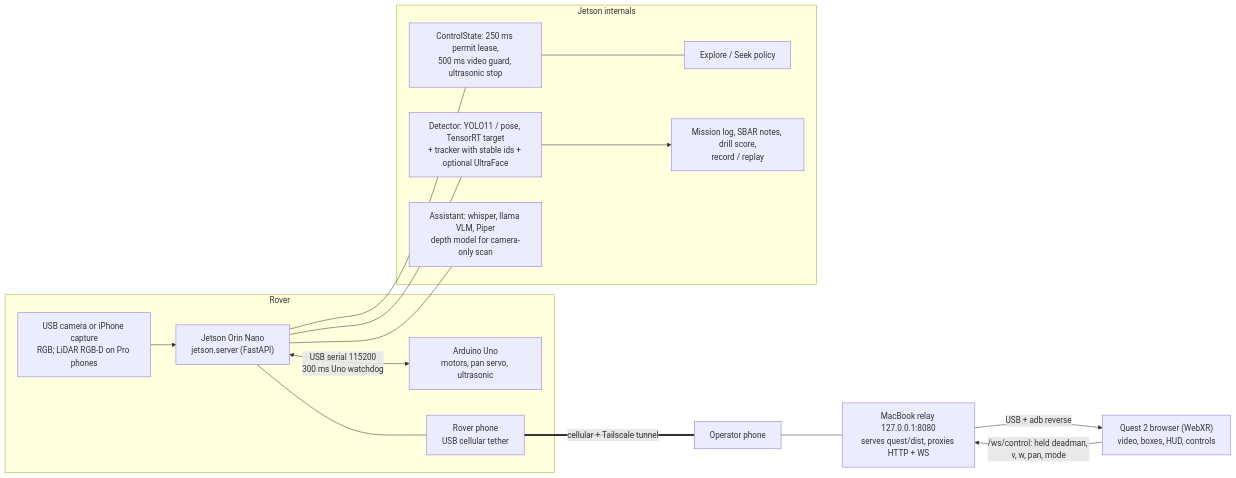
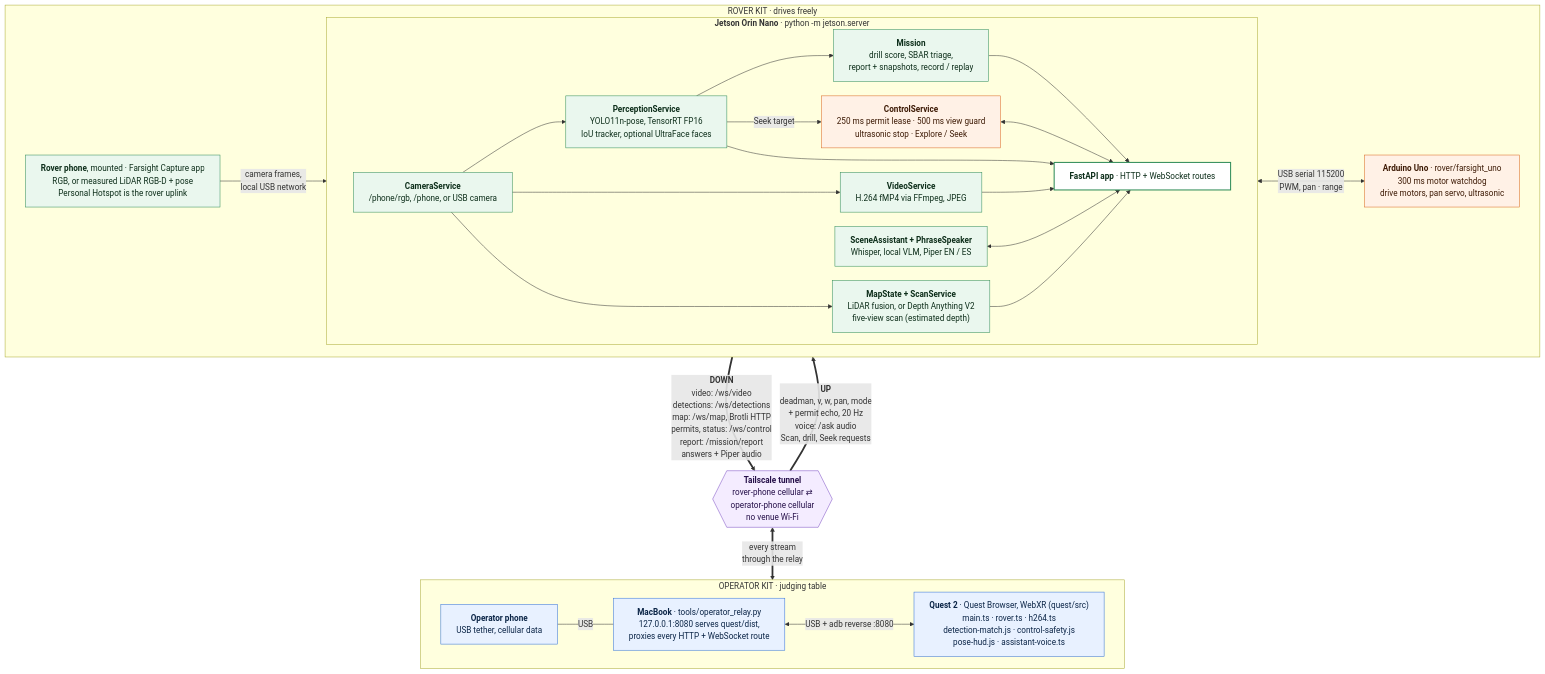
The diagram in docs/architecture.md (azizu06/farsight), drawn with Mermaid before and after one commit. The commit also changed other lines of this file and 6 other files, not shown here.

First line of the commit message:
Two-kit architecture diagram and Devpost draft (Refs #15)

````diff
--- a/docs/architecture.md
+++ b/docs/architecture.md
@@ -7,28 +16,65 @@
 ```mermaid
-flowchart LR
-  subgraph R["Rover"]
-    Cam["USB camera or iPhone capture<br/>RGB; LiDAR RGB-D on Pro phones"]
-    Jet["Jetson Orin Nano<br/>jetson.server (FastAPI)"]
-    Uno["Arduino Uno<br/>motors, pan servo, ultrasonic"]
-    RPhone["Rover phone<br/>USB cellular tether"]
-    Cam --> Jet
-    Jet <-->|"USB serial 115200<br/>300 ms Uno watchdog"| Uno
-    Jet --- RPhone
+---
+config:
+  flowchart:
+    wrappingWidth: 420
+    nodeSpacing: 28
+    rankSpacing: 55
+---
+flowchart TB
+  subgraph RV["ROVER KIT · drives freely"]
+    direction LR
+    RPh["<b>Rover phone</b>, mounted · Farsight Capture app<br/>RGB, or measured LiDAR RGB-D + pose<br/>Personal Hotspot is the rover uplink"]
+    subgraph JS["<b>Jetson Orin Nano</b> · python -m jetson.server"]
+      direction LR
+      Cam["<b>CameraService</b><br/>/phone/rgb, /phone, or USB camera"]
+      Perc["<b>PerceptionService</b><br/>YOLO11n-pose, TensorRT FP16<br/>IoU tracker, optional UltraFace faces"]
+      Vid["<b>VideoService</b><br/>H.264 fMP4 via FFmpeg, JPEG"]
+      Map["<b>MapState + ScanService</b><br/>LiDAR fusion, or Depth Anything V2<br/>five-view scan (estimated depth)"]
+      Mis["<b>Mission</b><br/>drill score, SBAR triage,<br/>report + snapshots, record / replay"]
+      Asst["<b>SceneAssistant + PhraseSpeaker</b><br/>Whisper, local VLM, Piper EN / ES"]
+      Ctl["<b>ControlService</b><br/>250 ms permit lease · 500 ms view guard<br/>ultrasonic stop · Explore / Seek"]
+      API["<b>FastAPI app</b> · HTTP + WebSocket routes"]
+      Cam --> Perc
+      Cam --> Vid
+      Cam --> Map
+      Perc --> Mis
+      Perc -->|Seek target| Ctl
+      Vid --> API
+      Perc --> API
+      Map --> API
+      Mis --> API
+      Asst <--> API
+      Ctl <--> API
+    end
+    Uno["<b>Arduino Uno</b> · rover/farsight_uno<br/>300 ms motor watchdog<br/>drive motors, pan servo, ultrasonic"]
+    RPh -->|"camera frames,<br/>local USB network"| Cam
+    Ctl <-->|"USB serial 115200<br/>PWM, pan · range"| Uno
   end
-  subgraph JI["Jetson internals"]
-    Perc["Detector: YOLO11 / pose, TensorRT target<br/>+ tracker with stable ids + optional UltraFace"]
-    Safe["ControlState: 250 ms permit lease,<br/>500 ms video guard, ultrasonic stop"]
-    Auto["Explore / Seek policy"]
-    Mission["Mission log, SBAR notes, drill score,<br/>record / replay"]
-    Asst["Assistant: whisper, llama VLM, Piper<br/>depth model for camera-only scan"]
+
+  TS{{"<b>Tailscale tunnel</b><br/>rover-phone cellular ⇄<br/>operator-phone cellular<br/>no venue Wi-Fi"}}
+
+  subgraph OP["OPERATOR KIT · judging table"]
+    direction LR
+    OPh["<b>Operator phone</b><br/>USB tether, cellular data"]
+    Mac["<b>MacBook</b> · tools/operator_relay.py<br/>127.0.0.1:8080 serves quest/dist,<br/>proxies every HTTP + WebSocket route"]
+    Quest["<b>Quest 2</b> · Quest Browser, WebXR (quest/src)<br/>main.ts · rover.ts · h264.ts<br/>detection-match.js · control-safety.js<br/>pose-hud.js · assistant-voice.ts"]
+    OPh ---|USB| Mac
+    Mac <-->|"USB + adb reverse :8080"| Quest
   end
-  Jet --- Perc
-  Jet --- Safe
-  Safe --- Auto
-  Perc --> Mission
-  Jet --- Asst
-  RPhone ===|"cellular + Tailscale tunnel"| OPhone["Operator phone"]
-  OPhone --- Mac["MacBook relay 127.0.0.1:8080<br/>serves quest/dist, proxies HTTP + WS"]
-  Mac -->|"USB + adb reverse"| Quest["Quest 2 browser (WebXR)<br/>video, boxes, HUD, controls"]
-  Quest -->|"/ws/control: held deadman, v, w, pan, mode"| Mac
+
+  API ==>|"<b>DOWN</b><br/>video: /ws/video<br/>detections: /ws/detections<br/>map: /ws/map, Brotli HTTP<br/>permits, status: /ws/control<br/>report: /mission/report<br/>answers + Piper audio"| TS
+  TS ==>|"<b>UP</b><br/>deadman, v, w, pan, mode<br/>+ permit echo, 20 Hz<br/>voice: /ask audio<br/>Scan, drill, Seek requests"| API
+  TS <==>|"every stream<br/>through the relay"| Mac
+
+  classDef op fill:#e8f1ff,stroke:#2f6fd6,color:#0b2547
+  classDef rv fill:#eaf7ee,stroke:#2e8b57,color:#0d2e1a
+  classDef safe fill:#fff1e6,stroke:#d9661f,color:#3d1a05
+  classDef net fill:#f4ecff,stroke:#7a4cc2,color:#26104a
+  classDef hub fill:#ffffff,stroke:#2e8b57,color:#0d2e1a,stroke-width:2px
+  class Quest,Mac,OPh op
+  class RPh,Cam,Vid,Perc,Map,Mis,Asst rv
+  class Ctl,Uno safe
+  class TS net
+  class API hub
 ```
````
